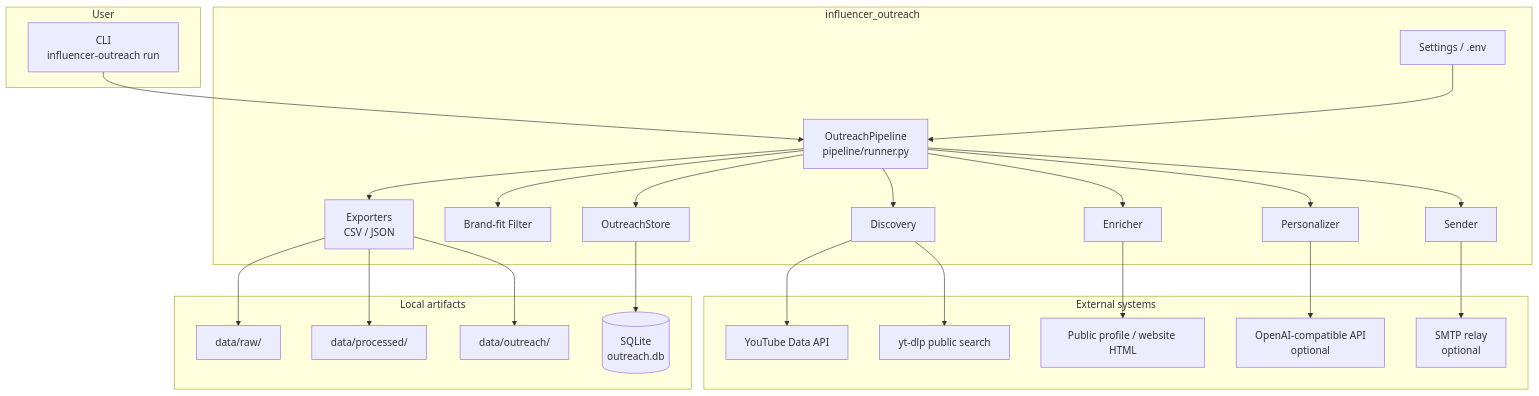
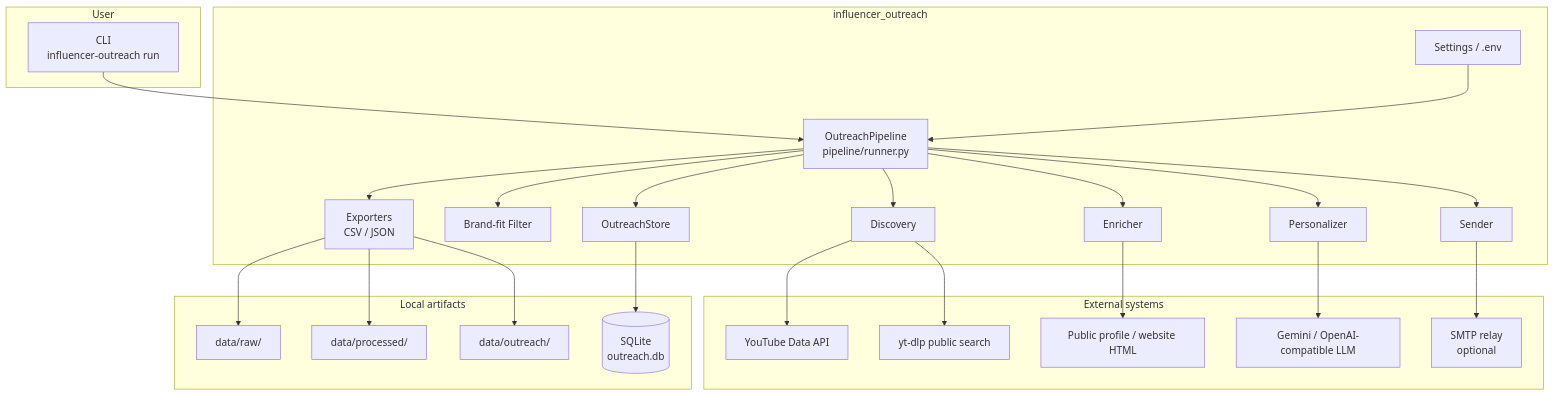
One commit to nishant-uxs/edxso-influencer-outreach changed the second of 7 diagrams in README.md. Above: the diagram before and after it, drawn with Mermaid. The commit also changed other lines of this file and 14 other files, not shown here.

Commit message:
feat: LLM-refine all 54 messages with Gemini and refresh README/demo

````diff
--- a/README.md
+++ b/README.md
@@ -95,46 +113,46 @@
 ```mermaid
 flowchart TB
   subgraph User
     CLI["CLI<br/>influencer-outreach run"]
   end
 
   subgraph Core["influencer_outreach"]
     CFG["Settings / .env"]
     PIPE["OutreachPipeline<br/>pipeline/runner.py"]
     CLI --> PIPE
     CFG --> PIPE
 
     PIPE --> DISC["Discovery"]
     PIPE --> FILT["Brand-fit Filter"]
     PIPE --> ENR["Enricher"]
     PIPE --> PERS["Personalizer"]
     PIPE --> SEND["Sender"]
     PIPE --> STORE["OutreachStore"]
     PIPE --> EXP["Exporters<br/>CSV / JSON"]
   end
 
   subgraph External["External systems"]
     YTAPI["YouTube Data API"]
     YTDLP["yt-dlp public search"]
     WEB["Public profile / website HTML"]
-    LLM["OpenAI-compatible API<br/>optional"]
+    LLM["Gemini / OpenAI-compatible LLM"]
     SMTP["SMTP relay<br/>optional"]
   end
 
   subgraph Data["Local artifacts"]
     RAW["data/raw/"]
     PROC["data/processed/"]
     OUT["data/outreach/"]
     DB[("SQLite<br/>outreach.db")]
   end
 
   DISC --> YTAPI
   DISC --> YTDLP
   ENR --> WEB
   PERS --> LLM
   SEND --> SMTP
   STORE --> DB
   EXP --> RAW
   EXP --> PROC
   EXP --> OUT
 ```
````
